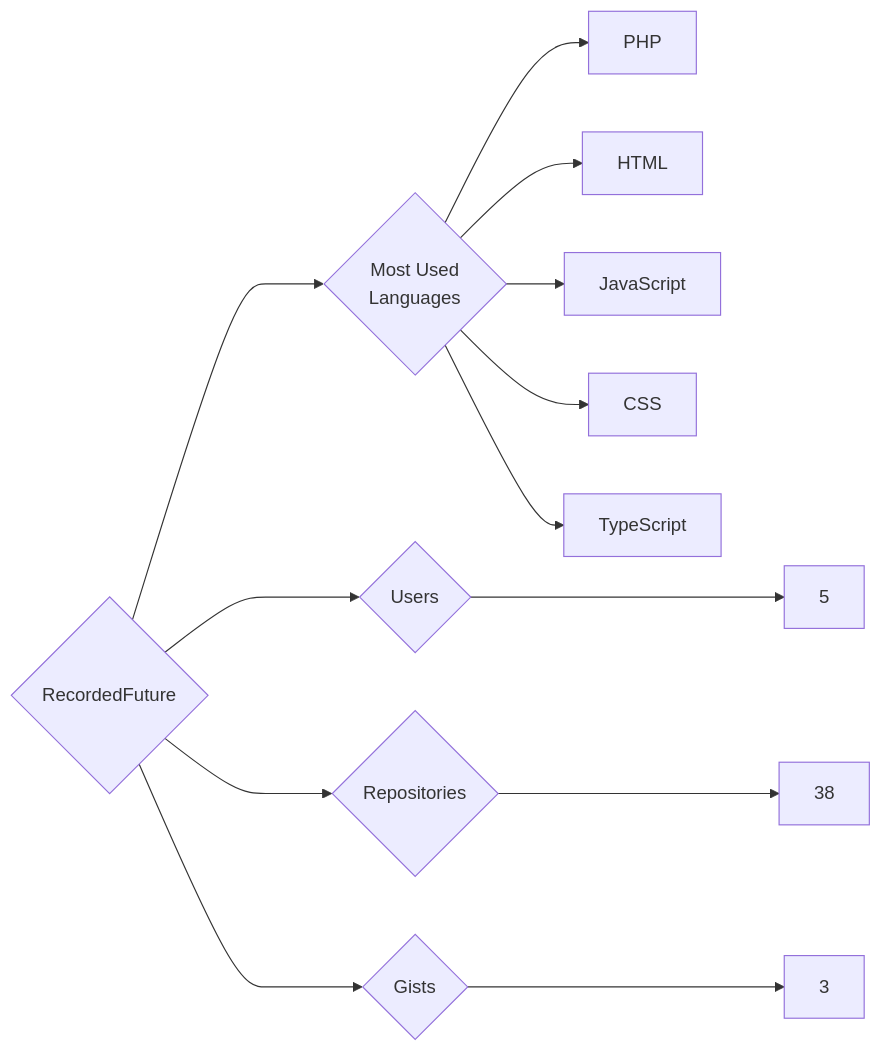
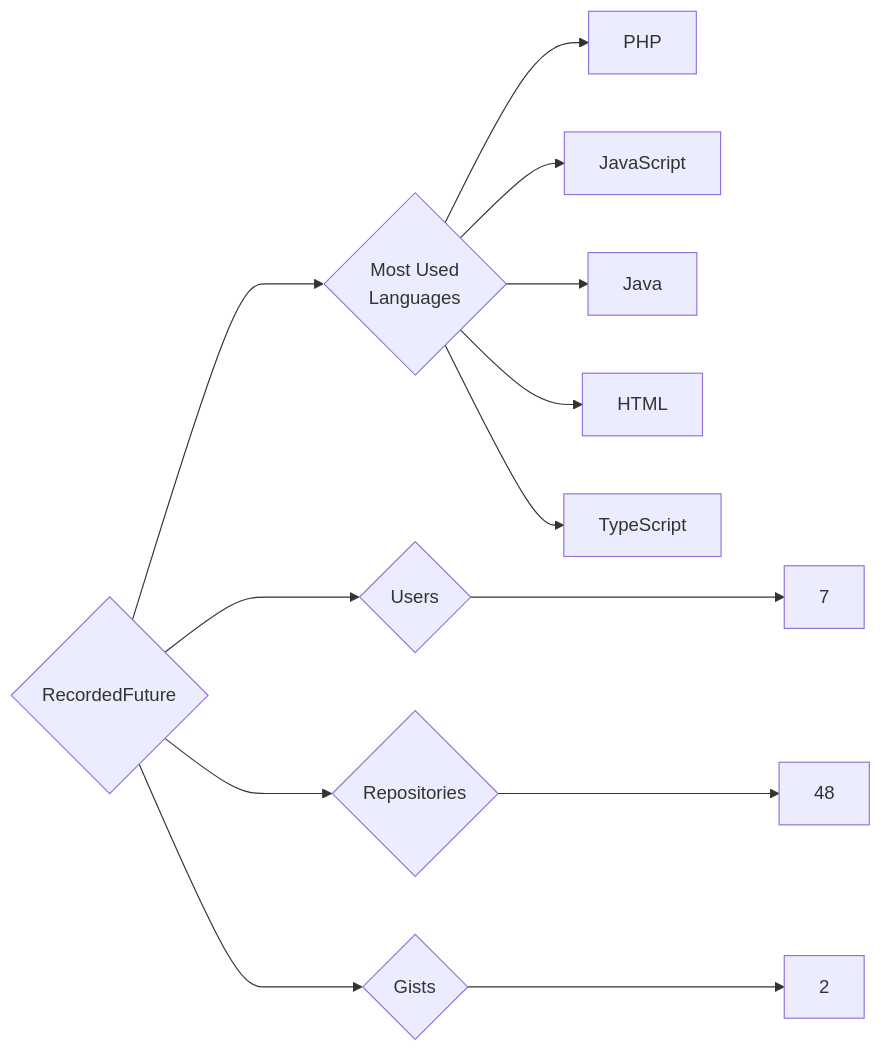
Before and after one commit to trickest/insiders: the diagram in targets/RecordedFuture/README.md, drawn with Mermaid. The commit also changed 1479 other files, not shown here.

````diff
--- a/targets/RecordedFuture/README.md
+++ b/targets/RecordedFuture/README.md
@@ -3,13 +3,13 @@
 ```mermaid
 graph LR
 COMPANY_NAME{RecordedFuture}
-COMPANY_NAME ---> U{Users} ---> UN[5]
-COMPANY_NAME ---> R{Repositories} ---> RN[38]
-COMPANY_NAME ---> G{Gists} ---> GN[3]
+COMPANY_NAME ---> U{Users} ---> UN[7]
+COMPANY_NAME ---> R{Repositories} ---> RN[48]
+COMPANY_NAME ---> G{Gists} ---> GN[2]
 COMPANY_NAME ---> ML{Most Used<br>Languages}
 ML --> PHP[PHP]
+ML --> JavaScript[JavaScript]
+ML --> Java[Java]
 ML --> HTML[HTML]
-ML --> JavaScript[JavaScript]
-ML --> CSS[CSS]
 ML --> TypeScript[TypeScript]
 ```
````
